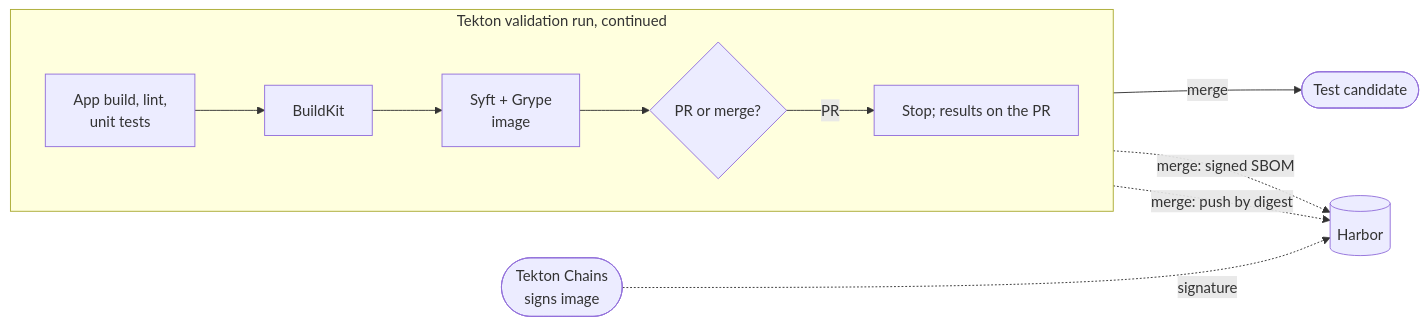
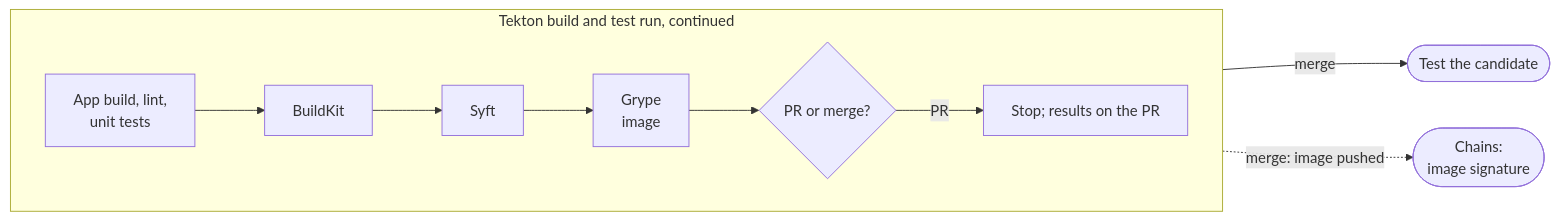
One commit to andymotta/Platform-Engineering changed the fourth of 7 diagrams in content/en/docs/reference-architectures/open-source-ssdf-cicd.md. Above: the diagram before and after it, drawn with Mermaid. The commit also changed other lines of this file, not shown here.

First line of the commit message:
docs: revise the open source SSDF reference architecture

````diff
--- a/content/en/docs/reference-architectures/open-source-ssdf-cicd.md
+++ b/content/en/docs/reference-architectures/open-source-ssdf-cicd.md
@@ -105,12 +138,10 @@
 ```mermaid
 flowchart LR
-    subgraph VAL["Tekton validation run, continued"]
+    subgraph BT["Tekton build and test run, continued"]
         direction LR
-        A["App build, lint,<br/>unit tests"] --> B["BuildKit"] --> S["Syft + Grype<br/>image"] --> Q{"PR or merge?"}
+        A["App build, lint,<br/>unit tests"] --> B["BuildKit"] --> S["Syft"] --> G["Grype<br/>image"] --> Q{"PR or merge?"}
         Q -->|PR| X["Stop; results on the PR"]
     end
-    Q -->|merge| N(["Test candidate"])
-    B -.->|merge: push by digest| H[("Harbor")]
-    S -.->|merge: signed SBOM| H
-    C(["Tekton Chains<br/>signs image"]) -.->|signature| H
+    Q -->|merge| N(["Test the candidate"])
+    B -.->|merge: image pushed| C(["Chains:<br/>image signature"])
 ```
````
